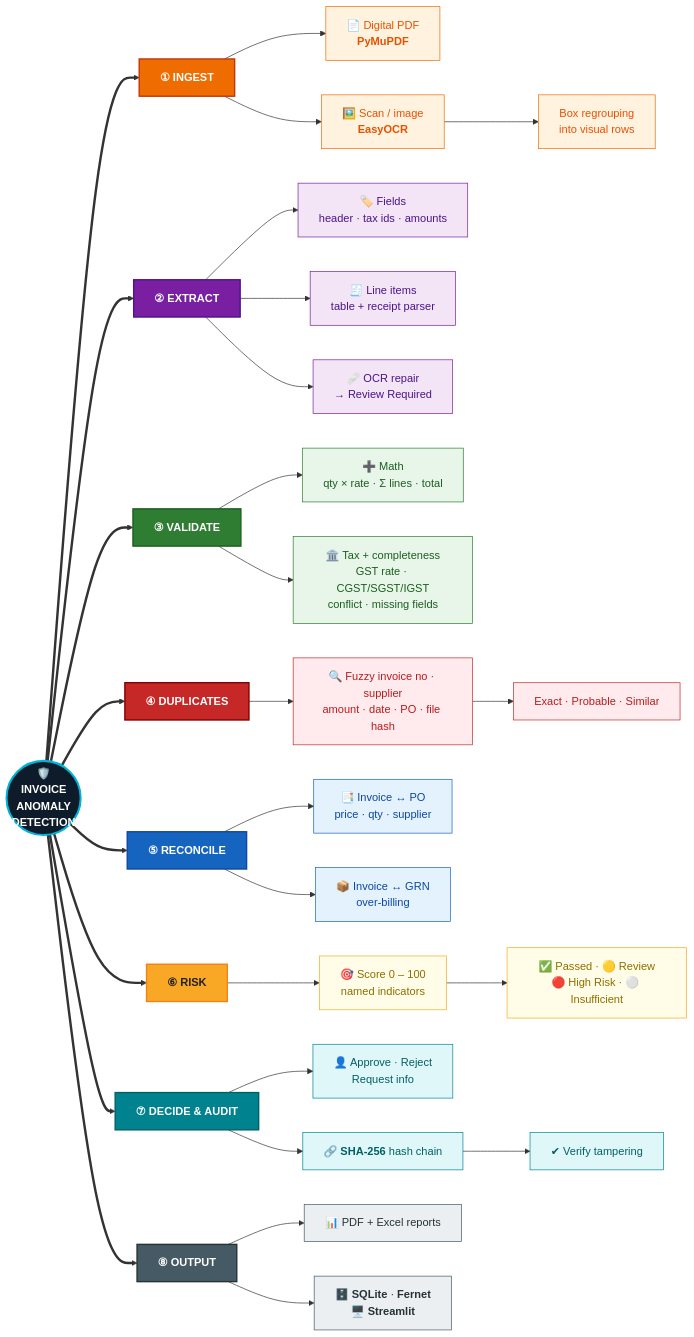
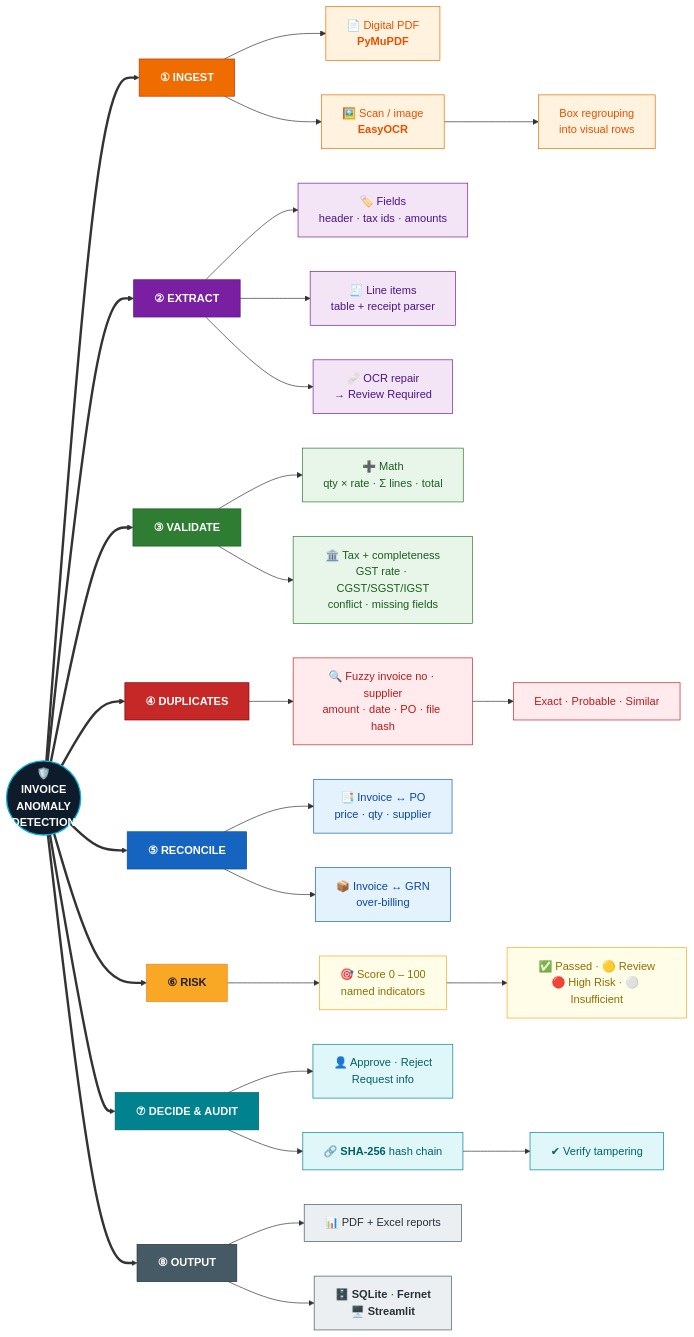
Before and after one commit to armaans-29/Invoice_Anomaly_Detection_System: the diagram in README.md, drawn with Mermaid.

````diff
--- a/README.md
+++ b/README.md
@@ -69,76 +69,76 @@
 ```mermaid
 flowchart LR
     ROOT(("🛡️<br/><b>INVOICE<br/>ANOMALY<br/>DETECTION</b>"))
 
     ROOT ==> B1["<b>① INGEST</b>"]
     B1 --> I1["📄 Digital PDF<br/><b>PyMuPDF</b>"]
     B1 --> I2["🖼️ Scan / image<br/><b>EasyOCR</b>"]
     I2 --> I3["Box regrouping<br/>into visual rows"]
 
     ROOT ==> B2["<b>② EXTRACT</b>"]
     B2 --> E1["🏷️ Fields<br/>header · tax ids · amounts"]
     B2 --> E2["🧾 Line items<br/>table + receipt parser"]
     B2 --> E3["🩹 OCR repair<br/>→ Review Required"]
 
     ROOT ==> B3["<b>③ VALIDATE</b>"]
     B3 --> V1["➕ Math<br/>qty × rate · Σ lines · total"]
     B3 --> V2["🏛️ Tax + completeness<br/>GST rate · CGST/SGST/IGST<br/>conflict · missing fields"]
 
     ROOT ==> B4["<b>④ DUPLICATES</b>"]
     B4 --> D1["🔍 Fuzzy invoice no · supplier<br/>amount · date · PO · file hash"]
     D1 --> D2["Exact · Probable · Similar"]
 
     ROOT ==> B5["<b>⑤ RECONCILE</b>"]
     B5 --> R1["📑 Invoice ↔ PO<br/>price · qty · supplier"]
     B5 --> R2["📦 Invoice ↔ GRN<br/>over-billing"]
 
     ROOT ==> B6["<b>⑥ RISK</b>"]
     B6 --> K1["🎯 Score 0 – 100<br/>named indicators"]
     K1 --> K2["✅ Passed · 🟡 Review<br/>🔴 High Risk · ⚪ Insufficient"]
 
     ROOT ==> B7["<b>⑦ DECIDE & AUDIT</b>"]
     B7 --> H1["👤 Approve · Reject<br/>Request info"]
     B7 --> H2["🔗 <b>SHA-256</b> hash chain"]
     H2 --> H3["✔ Verify tampering"]
 
     ROOT ==> B8["<b>⑧ OUTPUT</b>"]
     B8 --> O1["📊 PDF + Excel reports"]
     B8 --> O2["🗄️ <b>SQLite</b> · <b>Fernet</b><br/>🖥️ <b>Streamlit</b>"]
 
-    classDef root fill:#0D1B2A,stroke:#00B4D8,stroke-width:3px,color:#FFFFFF
-    classDef b1 fill:#EF6C00,stroke:#BF360C,stroke-width:2px,color:#FFFFFF
-    classDef b2 fill:#7B1FA2,stroke:#4A148C,stroke-width:2px,color:#FFFFFF
-    classDef b3 fill:#2E7D32,stroke:#1B5E20,stroke-width:2px,color:#FFFFFF
-    classDef b4 fill:#C62828,stroke:#7F0000,stroke-width:2px,color:#FFFFFF
-    classDef b5 fill:#1565C0,stroke:#0D47A1,stroke-width:2px,color:#FFFFFF
-    classDef b6 fill:#F9A825,stroke:#F57F17,stroke-width:2px,color:#212121
-    classDef b7 fill:#00838F,stroke:#006064,stroke-width:2px,color:#FFFFFF
-    classDef b8 fill:#455A64,stroke:#263238,stroke-width:2px,color:#FFFFFF
+    classDef root fill:#0D1B2A,stroke:#00B4D8,stroke-width:2px,color:#FFFFFF
+    classDef b1 fill:#EF6C00,stroke:#BF360C,stroke-width:1px,color:#FFFFFF
+    classDef b2 fill:#7B1FA2,stroke:#4A148C,stroke-width:1px,color:#FFFFFF
+    classDef b3 fill:#2E7D32,stroke:#1B5E20,stroke-width:1px,color:#FFFFFF
+    classDef b4 fill:#C62828,stroke:#7F0000,stroke-width:1px,color:#FFFFFF
+    classDef b5 fill:#1565C0,stroke:#0D47A1,stroke-width:1px,color:#FFFFFF
+    classDef b6 fill:#F9A825,stroke:#F57F17,stroke-width:1px,color:#212121
+    classDef b7 fill:#00838F,stroke:#006064,stroke-width:1px,color:#FFFFFF
+    classDef b8 fill:#455A64,stroke:#263238,stroke-width:1px,color:#FFFFFF
 
     classDef l1 fill:#FFF3E0,stroke:#EF6C00,color:#E65100
     classDef l2 fill:#F3E5F5,stroke:#7B1FA2,color:#4A148C
     classDef l3 fill:#E8F5E9,stroke:#2E7D32,color:#1B5E20
     classDef l4 fill:#FFEBEE,stroke:#C62828,color:#B71C1C
     classDef l5 fill:#E3F2FD,stroke:#1565C0,color:#0D47A1
     classDef l6 fill:#FFFDE7,stroke:#F9A825,color:#8D6E00
     classDef l7 fill:#E0F7FA,stroke:#00838F,color:#006064
     classDef l8 fill:#ECEFF1,stroke:#455A64,color:#263238
 
     class ROOT root
     class B1 b1
     class B2 b2
     class B3 b3
     class B4 b4
     class B5 b5
     class B6 b6
     class B7 b7
     class B8 b8
     class I1,I2,I3 l1
     class E1,E2,E3 l2
     class V1,V2 l3
     class D1,D2 l4
     class R1,R2 l5
     class K1,K2 l6
     class H1,H2,H3 l7
     class O1,O2 l8
 ```
````
